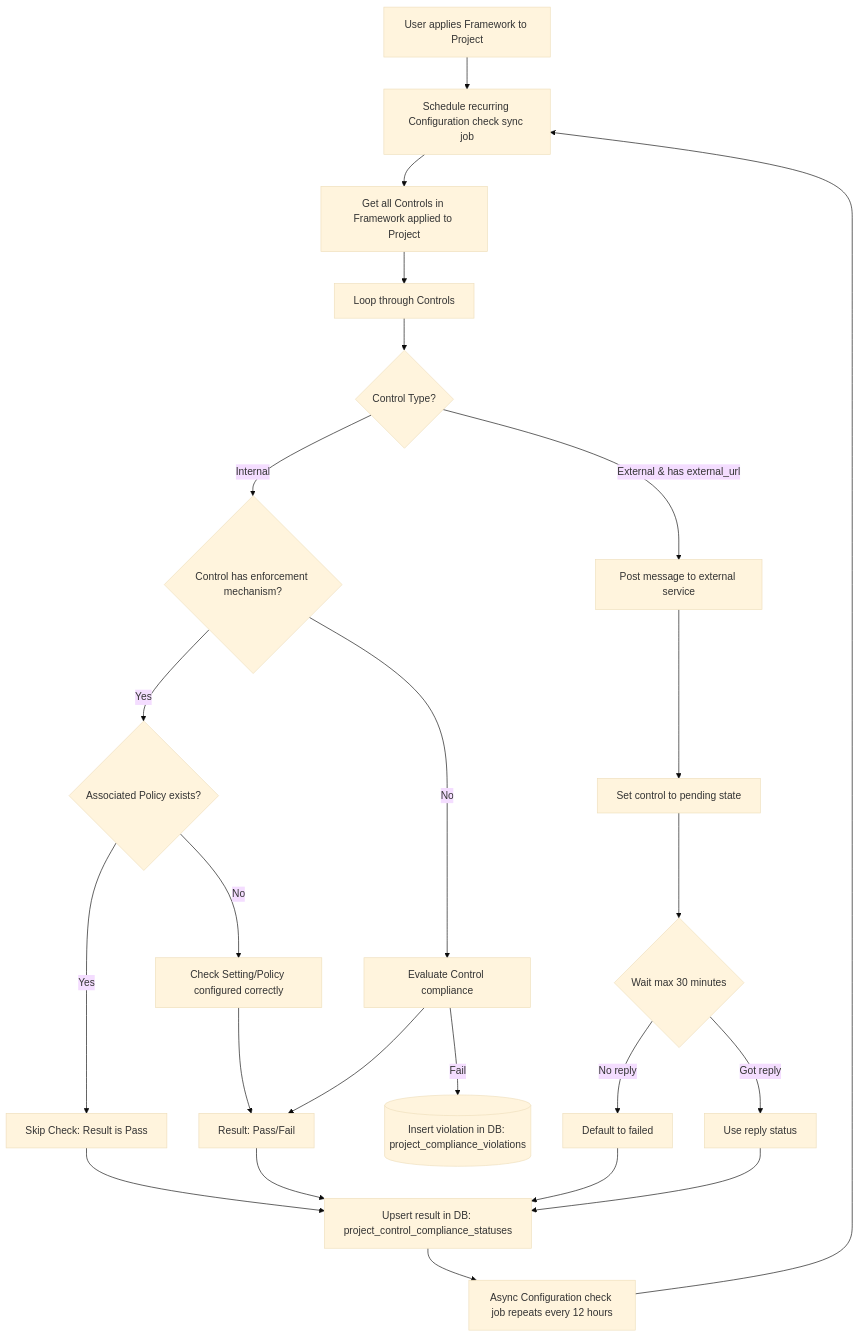
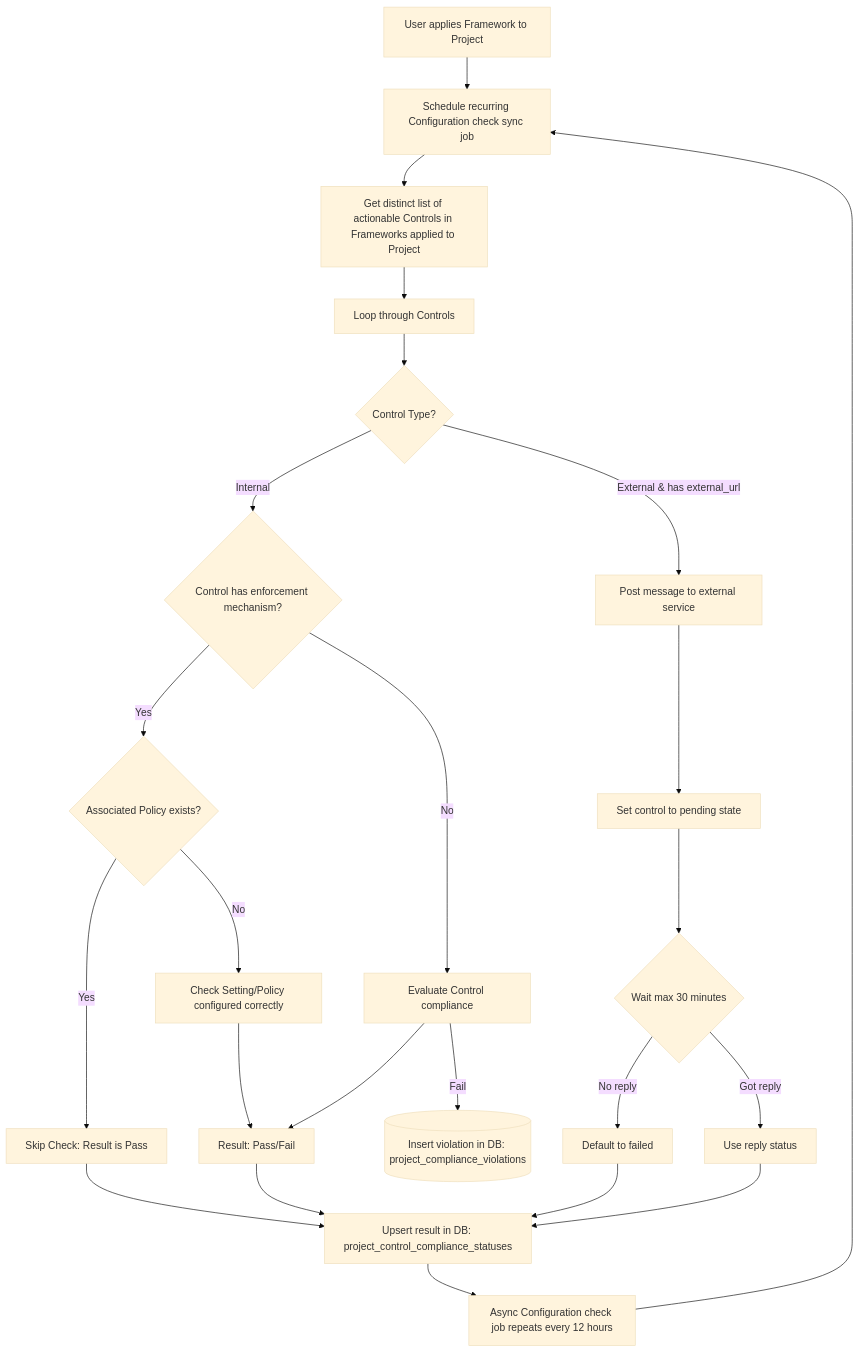
One commit to zalyoung/gitlab-handbook changed the third of 4 diagrams in content/handbook/engineering/architecture/design-documents/compliance-frameworks/_index.md. Above: the diagram before and after it, drawn with Mermaid (base theme). The commit also changed other lines of this file, not shown here.

Commit message:
Update flowcharts

````diff
--- a/content/handbook/engineering/architecture/design-documents/compliance-frameworks/_index.md
+++ b/content/handbook/engineering/architecture/design-documents/compliance-frameworks/_index.md
@@ -437,32 +437,31 @@
 ```mermaid
 flowchart TD
     F[User applies Framework to Project] --> G[Schedule recurring Configuration check sync job]
-    G --> H[Get all Controls in Framework applied to Project]
+    G --> H[Get distinct list of actionable Controls in Frameworks applied to Project]
     H --> I[Loop through Controls]
-
     I --> TYPE{Control Type?}
     TYPE -- Internal --> J{Control has enforcement mechanism?}
     TYPE -- External & has external_url --> EXT[Post message to external service]
 
     EXT --> PEND[Set control to pending state]
     PEND --> WAIT{Wait max 30 minutes}
     WAIT -->|No reply| FAIL[Default to failed]
     WAIT -->|Got reply| REPLY[Use reply status]
 
     FAIL --> Q
     REPLY --> Q
 
     J -- Yes --> K{Associated Policy exists?}
     K -- Yes --> L[Skip Check: Result is Pass]
     K -- No --> M[Check Setting/Policy configured correctly]
     J -- No --> N[Evaluate Control compliance]
 
     M --> O[Result: Pass/Fail]
     N --> O
     O --> Q[Upsert result in DB: project_control_compliance_statuses]
     L --> Q
     N -- Fail --> S[Insert violation in DB: project_compliance_violations]@{ shape: cyl }
 
     Q --> T[Async Configuration check job repeats every 12 hours]
     T --> G
 ```
````
